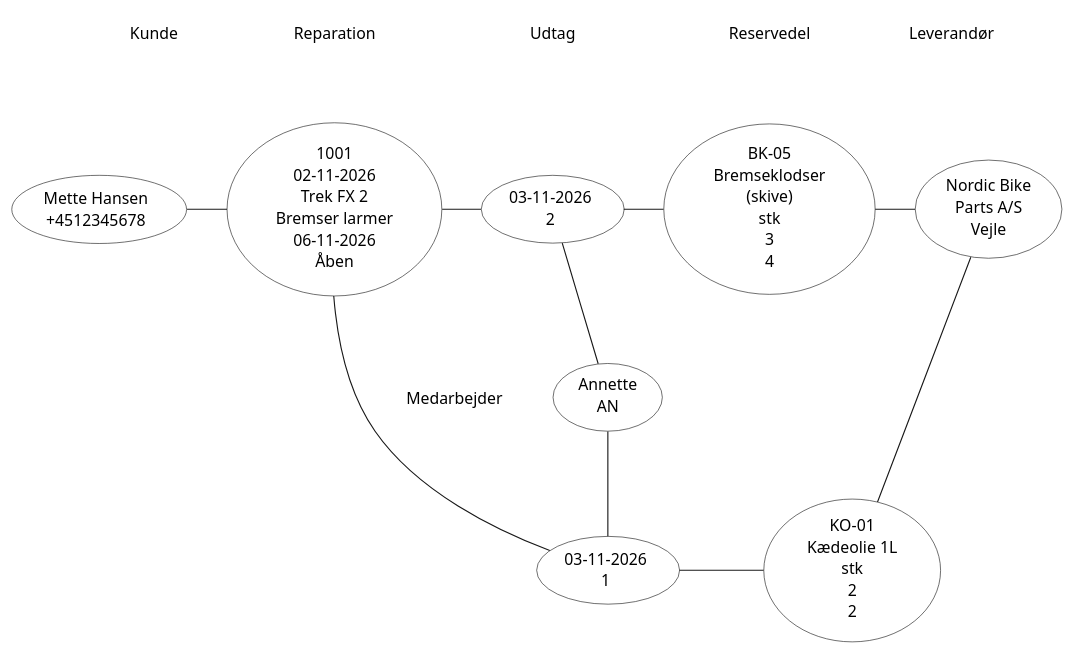
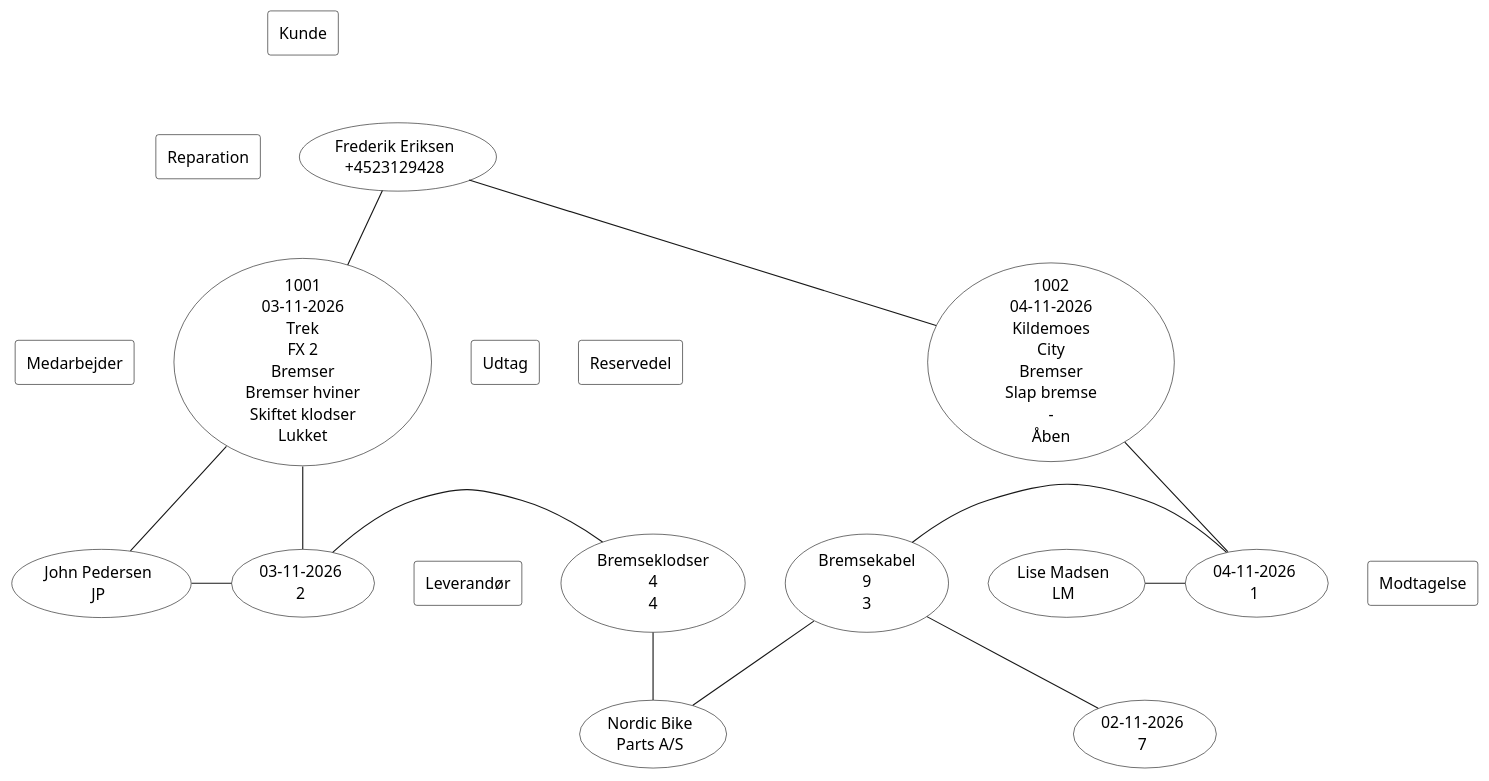
One commit to Zoabz/Getting-Real changed the diagram in 3. Objekt Model/objektmodel.puml. Above: the diagram before and after it, drawn with PlantUML. The commit also changed 14 other files, not shown here.

```diff
--- a/3. Objekt Model/objektmodel.puml
+++ b/3. Objekt Model/objektmodel.puml
@@ -1,51 +1,63 @@
 @startuml
+' Samme objekter som objektmodel.png / objektmodel.drawio.
+' PlantUML kan ikke tegne de buede linjer, så layoutet er ikke helt det samme.
 skinparam monochrome true
 skinparam shadowing false
 skinparam backgroundColor white
 skinparam usecase {
   BackgroundColor white
   BorderColor black
 }
 skinparam rectangle {
   BackgroundColor white
-  BorderColor white
+  BorderColor black
 }
 
 rectangle "Kunde" as hK
 rectangle "Reparation" as hR
+rectangle "Medarbejder" as hM
 rectangle "Udtag" as hU
 rectangle "Reservedel" as hS
 rectangle "Leverandør" as hL
-rectangle "Medarbejder" as hM
+rectangle "Modtagelse" as hMo
 
-usecase "Mette Hansen\n+4512345678" as k1
-usecase "1001\n02-11-2026\nTrek FX 2\nBremser larmer\n06-11-2026\nÅben" as r1
+usecase "Frederik Eriksen\n+4523129428" as frederik
+usecase "1001\n03-11-2026\nTrek\nFX 2\nBremser\nBremser hviner\nSkiftet klodser\nLukket" as r1001
+usecase "1002\n04-11-2026\nKildemoes\nCity\nBremser\nSlap bremse\n-\nÅben" as r1002
+usecase "John Pedersen\nJP" as john
+usecase "Lise Madsen\nLM" as lise
 usecase "03-11-2026\n2" as u1
-usecase "03-11-2026\n1" as u2
-usecase "Annette\nAN" as m1
-usecase "BK-05\nBremseklodser\n(skive)\nstk\n3\n4" as rd1
-usecase "KO-01\nKædeolie 1L\nstk\n2\n2" as rd2
-usecase "Nordic Bike\nParts A/S\nVejle" as l1
+usecase "04-11-2026\n1" as u2
+usecase "Bremseklodser\n4\n4" as klodser
+usecase "Bremsekabel\n9\n3" as kabel
+usecase "Nordic Bike\nParts A/S" as nordic
+usecase "02-11-2026\n7" as mod1
 
 hK -[hidden]right- hR
-hR -[hidden]right- hU
+hR -[hidden]right- hM
+hM -[hidden]right- hU
 hU -[hidden]right- hS
 hS -[hidden]right- hL
+hL -[hidden]right- hMo
 
-hK -[hidden]down- k1
-hR -[hidden]down- r1
+hK -[hidden]down- frederik
+hR -[hidden]down- r1001
+hM -[hidden]down- john
 hU -[hidden]down- u1
-hS -[hidden]down- rd1
-hL -[hidden]down- l1
-hM -[hidden]right- m1
+hS -[hidden]down- klodser
+hL -[hidden]down- nordic
+hMo -[hidden]down- mod1
 
-k1 -right- r1
-r1 -right- u1
-u1 -right- rd1
-rd1 -right- l1
-u1 -down- m1
-m1 -down- u2
-r1 -down- u2
-u2 -right- rd2
-rd2 -up- l1
+frederik -- r1001
+frederik -- r1002
+r1001 -right- john
+john -right- u1
+r1001 -- u1
+lise -right- u2
+r1002 -- u2
+u1 -right- klodser
+u2 -right- kabel
+klodser -- nordic
+kabel -- nordic
+kabel -- mod1
 @enduml
```
